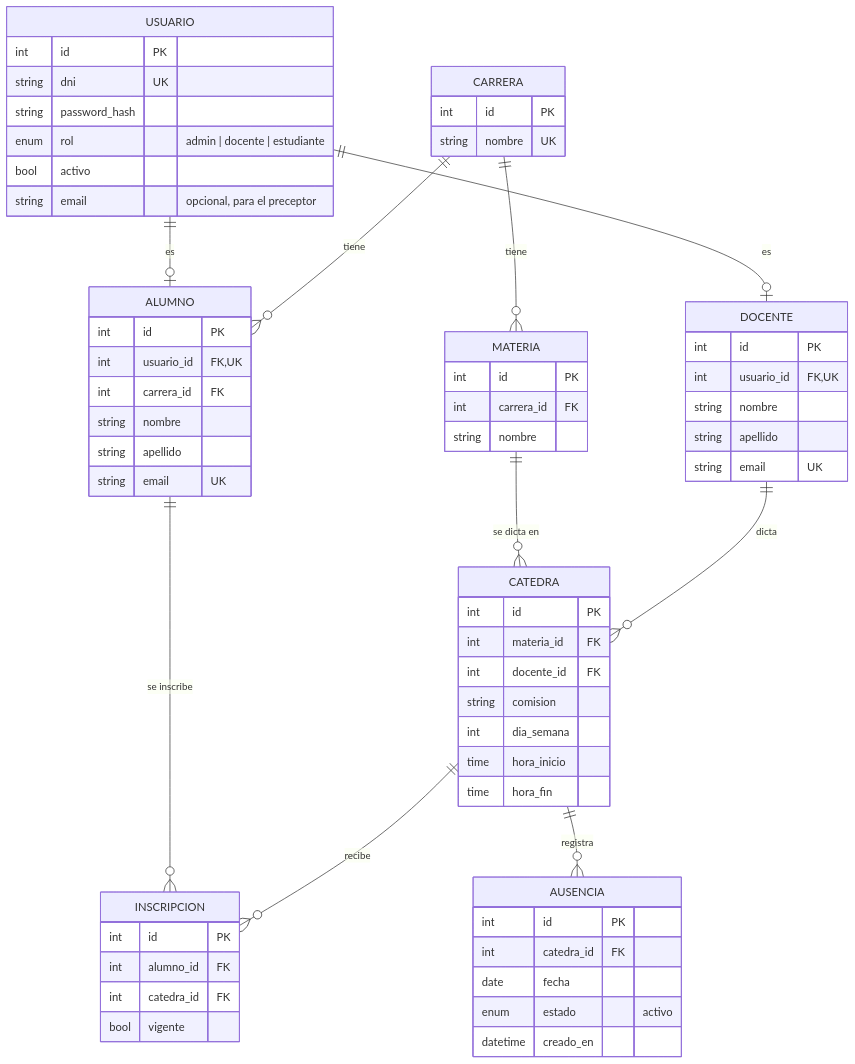
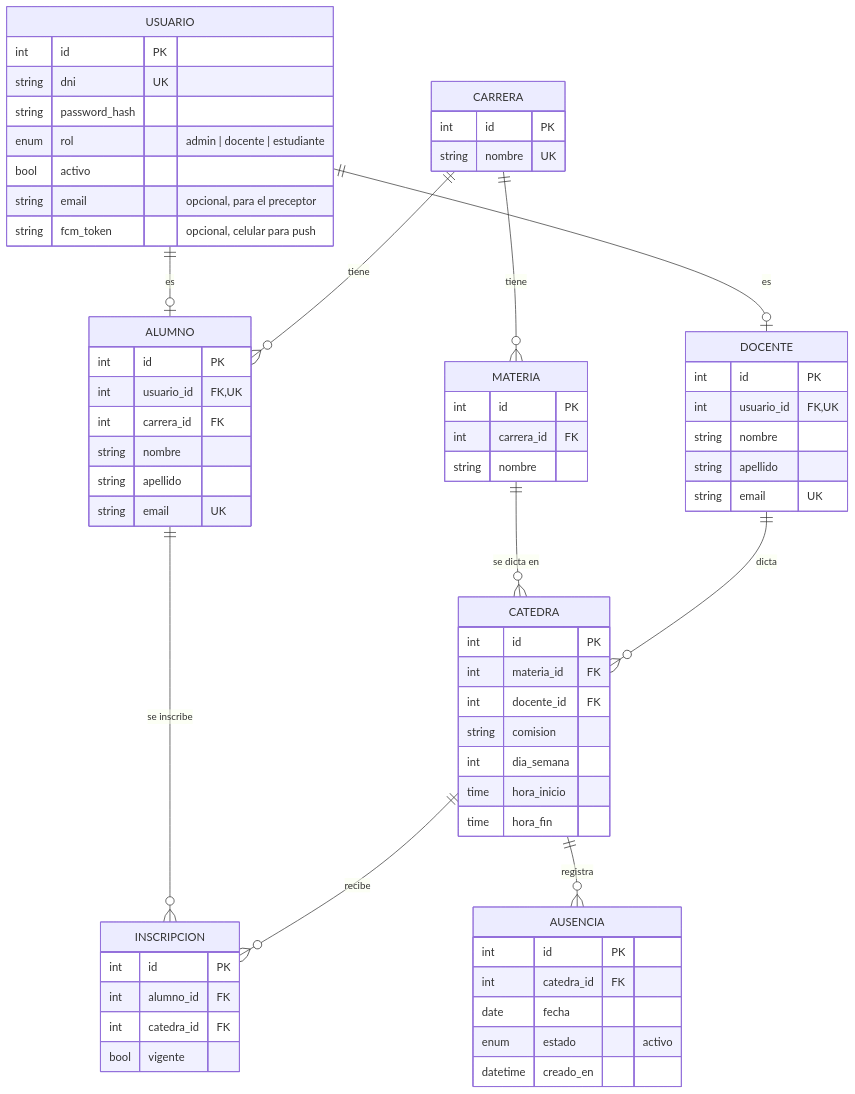
Before and after one commit to Andres-M1/Gestion-asistencia: the diagram in README.md, drawn with Mermaid. The commit also changed other lines of this file and 19 other files, not shown here.

````diff
--- a/README.md
+++ b/README.md
@@ -279,67 +281,68 @@
 ```mermaid
 erDiagram
     USUARIO ||--o| DOCENTE : "es"
     USUARIO ||--o| ALUMNO : "es"
     CARRERA ||--o{ MATERIA : "tiene"
     CARRERA ||--o{ ALUMNO : "tiene"
     MATERIA ||--o{ CATEDRA : "se dicta en"
     DOCENTE ||--o{ CATEDRA : "dicta"
     ALUMNO ||--o{ INSCRIPCION : "se inscribe"
     CATEDRA ||--o{ INSCRIPCION : "recibe"
     CATEDRA ||--o{ AUSENCIA : "registra"
 
     USUARIO {
         int id PK
         string dni UK
         string password_hash
         enum rol "admin | docente | estudiante"
         bool activo
         string email "opcional, para el preceptor"
+        string fcm_token "opcional, celular para push"
     }
     CARRERA {
         int id PK
         string nombre UK
     }
     MATERIA {
         int id PK
         int carrera_id FK
         string nombre
     }
     ALUMNO {
         int id PK
         int usuario_id FK,UK
         int carrera_id FK
         string nombre
         string apellido
         string email UK
     }
     DOCENTE {
         int id PK
         int usuario_id FK,UK
         string nombre
         string apellido
         string email UK
     }
     CATEDRA {
         int id PK
         int materia_id FK
         int docente_id FK
         string comision
         int dia_semana
         time hora_inicio
         time hora_fin
     }
     INSCRIPCION {
         int id PK
         int alumno_id FK
         int catedra_id FK
         bool vigente
     }
     AUSENCIA {
         int id PK
         int catedra_id FK
         date fecha
         enum estado "activo"
         datetime creado_en
     }
 ```
````
